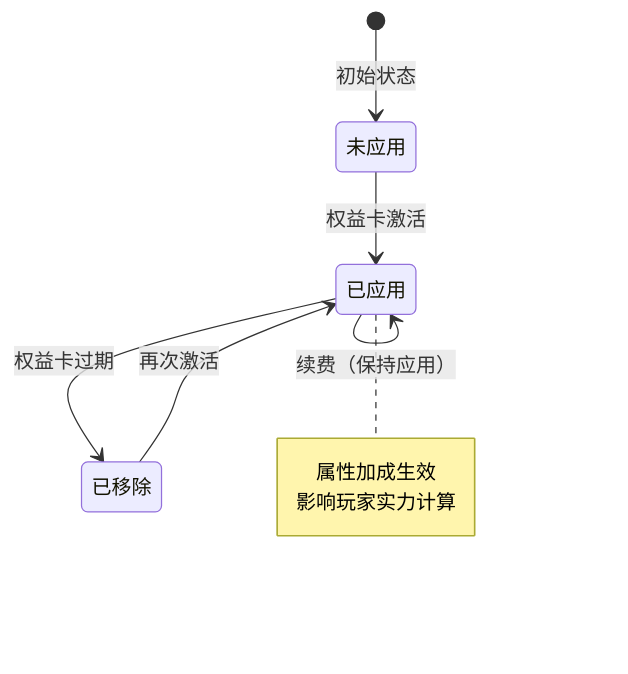
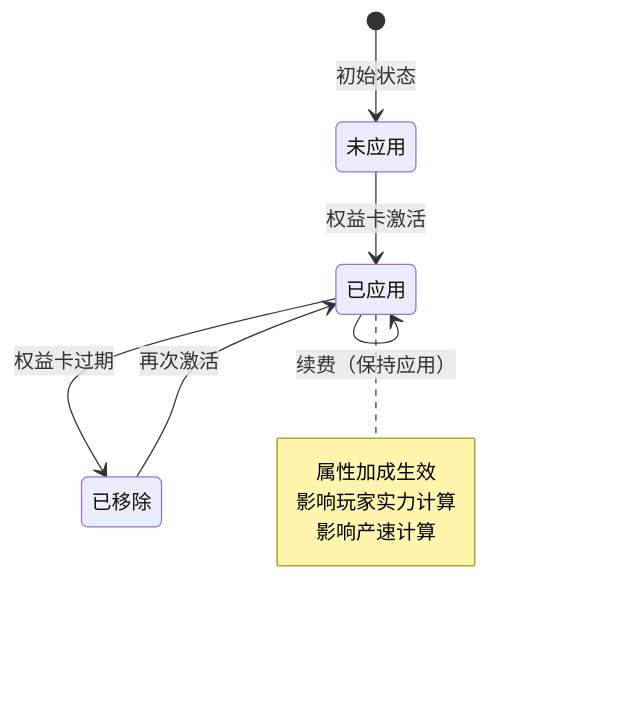
Before and after one commit to Alan-Ben/k2c_game_framework: the third of 4 diagrams in docs/Module_PrivilegeCard/06_实现细节.md, drawn with Mermaid. The commit also changed other lines of this file and 5 other files, not shown here.

````diff
--- a/docs/Module_PrivilegeCard/06_实现细节.md
+++ b/docs/Module_PrivilegeCard/06_实现细节.md
@@ -104,13 +188,14 @@
 ```mermaid
 stateDiagram-v2
     [*] --> 未应用: 初始状态
     未应用 --> 已应用: 权益卡激活
     已应用 --> 已应用: 续费（保持应用）
     已应用 --> 已移除: 权益卡过期
     已移除 --> 已应用: 再次激活
 
     note right of 已应用
         属性加成生效
         影响玩家实力计算
+        影响产速计算
     end note
 ```
````
